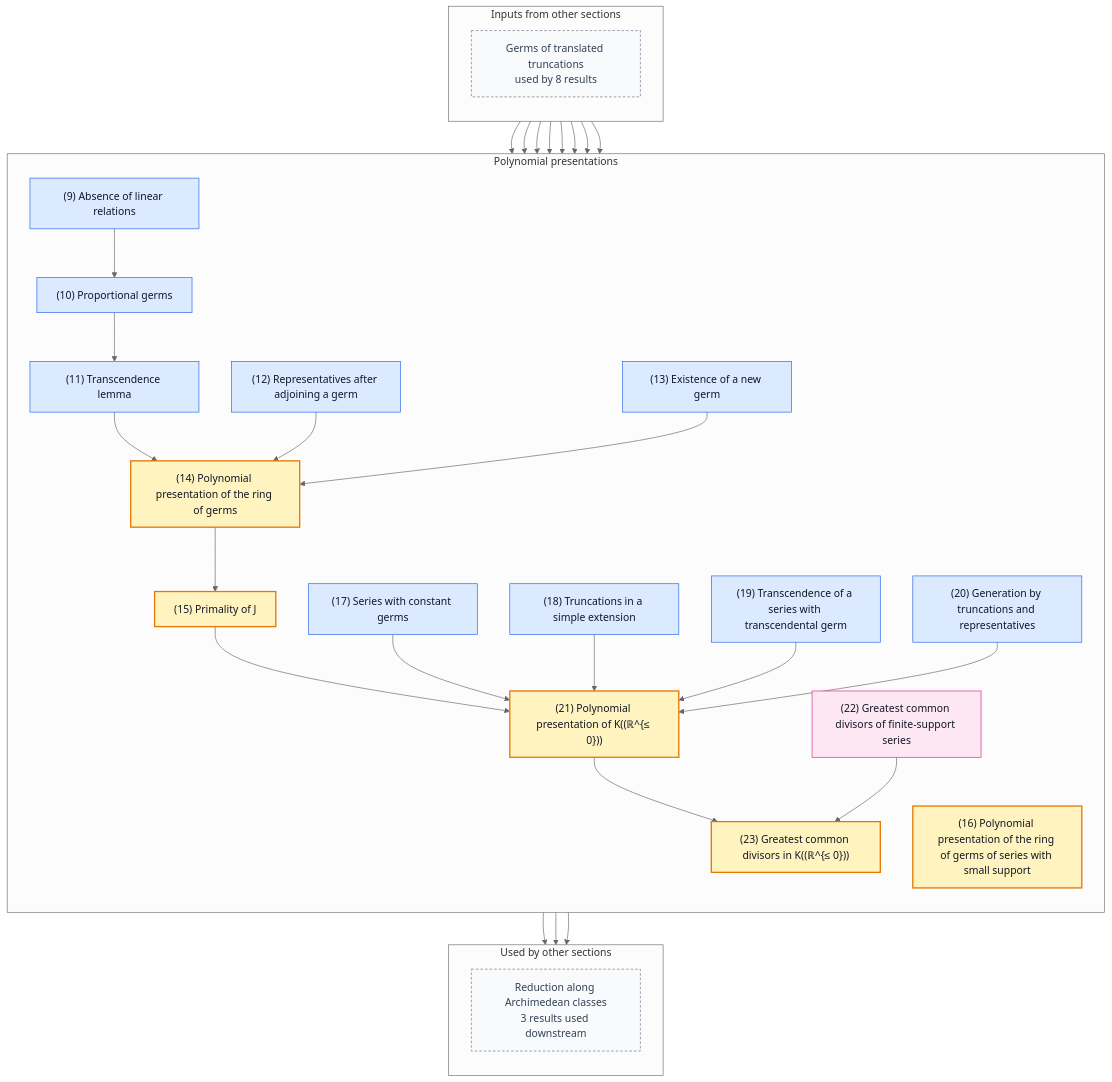
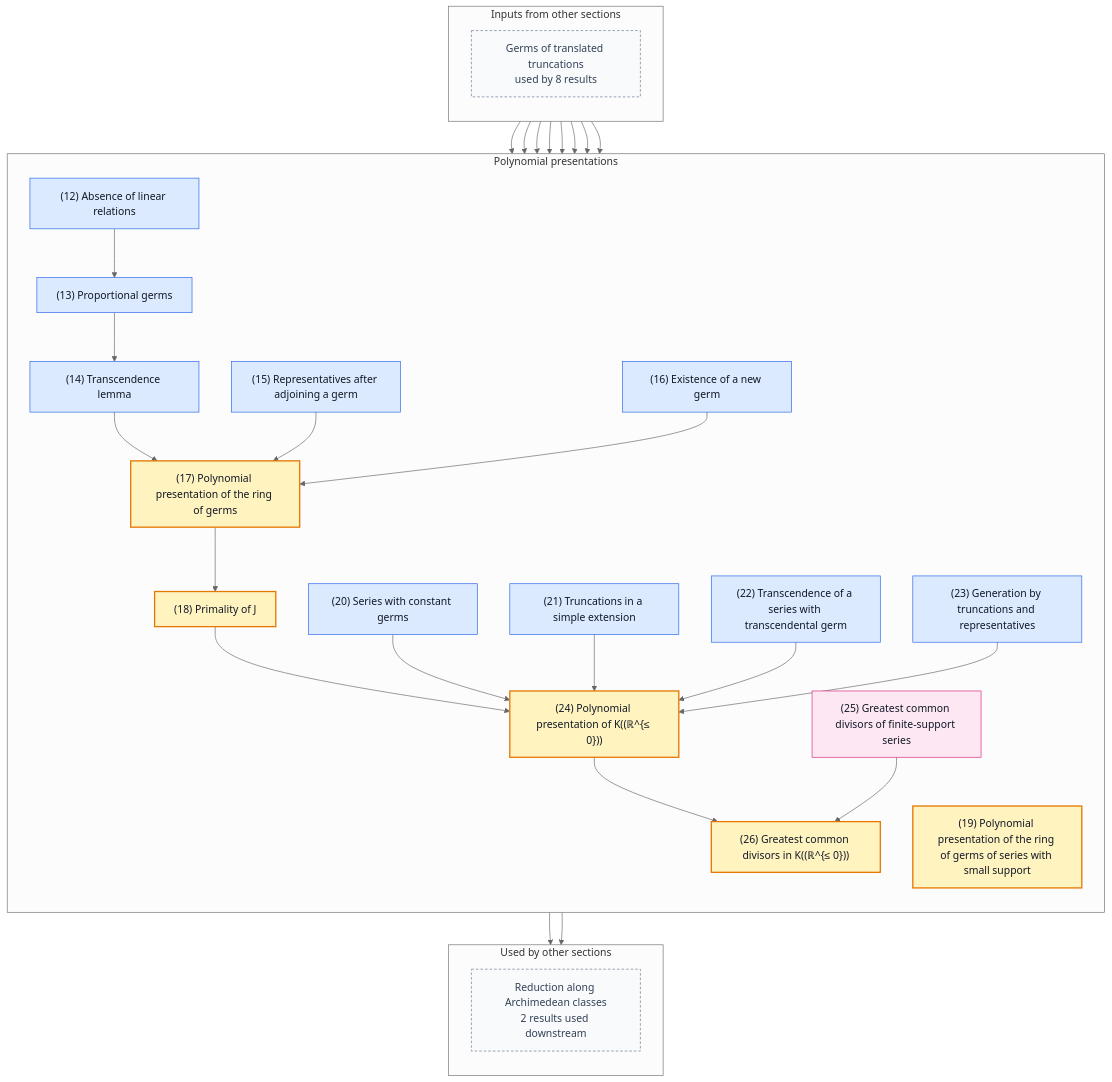
One commit to gaearon/conway-refinement changed the third of 5 diagrams in README.md. Above: the diagram before and after it, drawn with Mermaid (neutral theme). The commit also changed other lines of this file and 36 other files, not shown here.

````diff
--- a/README.md
+++ b/README.md
@@ -249,80 +261,79 @@
 ```mermaid
 %% Generated by scripts/blueprint.sh; do not edit.
 %% Other sections are compressed to boundary nodes.
 %% Solid arrows are proof dependencies; dashed arrows are statement dependencies.
 flowchart TB
   subgraph inputs["Inputs from other sections"]
     direction TB
     in0["Germs of translated truncations<br/>used by 8 results"]:::boundary
   end
   subgraph current["Polynomial presentations"]
     direction TB
-    n009["(9) Absence of linear relations"]:::lemma
-    n010["(10) Proportional germs"]:::lemma
-    n011["(11) Transcendence lemma"]:::lemma
-    n012["(12) Representatives after adjoining a germ"]:::lemma
-    n013["(13) Existence of a new germ"]:::lemma
-    n014["(14) Polynomial presentation of the ring of germs"]:::theorem
-    n015["(15) Primality of J"]:::theorem
-    n016["(16) Polynomial presentation of the ring of germs of series with small support"]:::theorem
-    n017["(17) Series with constant germs"]:::lemma
-    n018["(18) Truncations in a simple extension"]:::lemma
-    n019["(19) Transcendence of a series with transcendental germ"]:::lemma
-    n020["(20) Generation by truncations and representatives"]:::lemma
-    n021["(21) Polynomial presentation of K((ℝ^{≤ 0}))"]:::theorem
-    n022["(22) Greatest common divisors of finite-support series"]:::fact
-    n023["(23) Greatest common divisors in K((ℝ^{≤ 0}))"]:::theorem
+    n012["(12) Absence of linear relations"]:::lemma
+    n013["(13) Proportional germs"]:::lemma
+    n014["(14) Transcendence lemma"]:::lemma
+    n015["(15) Representatives after adjoining a germ"]:::lemma
+    n016["(16) Existence of a new germ"]:::lemma
+    n017["(17) Polynomial presentation of the ring of germs"]:::theorem
+    n018["(18) Primality of J"]:::theorem
+    n019["(19) Polynomial presentation of the ring of germs of series with small support"]:::theorem
+    n020["(20) Series with constant germs"]:::lemma
+    n021["(21) Truncations in a simple extension"]:::lemma
+    n022["(22) Transcendence of a series with transcendental germ"]:::lemma
+    n023["(23) Generation by truncations and representatives"]:::lemma
+    n024["(24) Polynomial presentation of K((ℝ^{≤ 0}))"]:::theorem
+    n025["(25) Greatest common divisors of finite-support series"]:::fact
+    n026["(26) Greatest common divisors in K((ℝ^{≤ 0}))"]:::theorem
   end
   subgraph outputs["Used by other sections"]
     direction TB
-    out0["Reduction along Archimedean classes<br/>3 results used downstream"]:::boundary
+    out0["Reduction along Archimedean classes<br/>2 results used downstream"]:::boundary
   end
 
-  n009 --> n010
-  n010 --> n011
-  n011 --> n014
-  n012 --> n014
+  n012 --> n013
   n013 --> n014
-  n014 --> n015
-  n015 --> n021
-  n017 --> n021
-  n018 --> n021
-  n019 --> n021
-  n020 --> n021
-  n021 --> n023
-  n022 --> n023
-  in0 --> n009
+  n014 --> n017
+  n015 --> n017
+  n016 --> n017
+  n017 --> n018
+  n018 --> n024
+  n020 --> n024
+  n021 --> n024
+  n022 --> n024
+  n023 --> n024
+  n024 --> n026
+  n025 --> n026
   in0 --> n012
-  in0 --> n013
+  in0 --> n015
   in0 --> n016
-  in0 --> n017
-  in0 --> n018
   in0 --> n019
   in0 --> n020
-  n023 --> out0
-  n016 --> out0
-  n014 --> out0
-  click n009 "https://gaearon.github.io/conway-refinement/#/result/no-linear-relation" "Open the statement for lemma 9"
-  click n010 "https://gaearon.github.io/conway-refinement/#/result/proportionality" "Open the statement for lemma 10"
-  click n011 "https://gaearon.github.io/conway-refinement/#/result/transcendence" "Open the statement for lemma 11"
-  click n012 "https://gaearon.github.io/conway-refinement/#/result/representatives-adjoin" "Open the statement for lemma 12"
-  click n013 "https://gaearon.github.io/conway-refinement/#/result/new-germ" "Open the statement for lemma 13"
-  click n014 "https://gaearon.github.io/conway-refinement/#/result/complete-hahn-germ-polynomial-algebra" "Open the statement for theorem 14"
-  click n015 "https://gaearon.github.io/conway-refinement/#/result/bounded-away-ideal-prime" "Open the statement for theorem 15"
-  click n016 "https://gaearon.github.io/conway-refinement/#/result/bounded-hahn-germ-polynomial-algebra" "Open the statement for theorem 16"
-  click n017 "https://gaearon.github.io/conway-refinement/#/result/constant-germs-finite-support" "Open the statement for lemma 17"
-  click n018 "https://gaearon.github.io/conway-refinement/#/result/truncations-of-simple-extension" "Open the statement for lemma 18"
-  click n019 "https://gaearon.github.io/conway-refinement/#/result/transcendental-series" "Open the statement for lemma 19"
-  click n020 "https://gaearon.github.io/conway-refinement/#/result/series-generation" "Open the statement for lemma 20"
-  click n021 "https://gaearon.github.io/conway-refinement/#/result/hahn-series-polynomial-algebra" "Open the statement for theorem 21"
-  click n022 "https://gaearon.github.io/conway-refinement/#/result/finite-support-hahn-gcd" "Open the statement for fact 22"
-  click n023 "https://gaearon.github.io/conway-refinement/#/result/hahn-series-gcd-domain" "Open the statement for theorem 23"
+  in0 --> n021
+  in0 --> n022
+  in0 --> n023
+  n026 --> out0
+  n019 --> out0
+  click n012 "https://gaearon.github.io/conway-refinement/#/result/no-linear-relation" "Open the statement for lemma 12"
+  click n013 "https://gaearon.github.io/conway-refinement/#/result/proportionality" "Open the statement for lemma 13"
+  click n014 "https://gaearon.github.io/conway-refinement/#/result/transcendence" "Open the statement for lemma 14"
+  click n015 "https://gaearon.github.io/conway-refinement/#/result/representatives-adjoin" "Open the statement for lemma 15"
+  click n016 "https://gaearon.github.io/conway-refinement/#/result/new-germ" "Open the statement for lemma 16"
+  click n017 "https://gaearon.github.io/conway-refinement/#/result/complete-hahn-germ-polynomial-algebra" "Open the statement for theorem 17"
+  click n018 "https://gaearon.github.io/conway-refinement/#/result/bounded-away-ideal-prime" "Open the statement for theorem 18"
+  click n019 "https://gaearon.github.io/conway-refinement/#/result/bounded-hahn-germ-polynomial-algebra" "Open the statement for theorem 19"
+  click n020 "https://gaearon.github.io/conway-refinement/#/result/constant-germs-finite-support" "Open the statement for lemma 20"
+  click n021 "https://gaearon.github.io/conway-refinement/#/result/truncations-of-simple-extension" "Open the statement for lemma 21"
+  click n022 "https://gaearon.github.io/conway-refinement/#/result/transcendental-series" "Open the statement for lemma 22"
+  click n023 "https://gaearon.github.io/conway-refinement/#/result/series-generation" "Open the statement for lemma 23"
+  click n024 "https://gaearon.github.io/conway-refinement/#/result/hahn-series-polynomial-algebra" "Open the statement for theorem 24"
+  click n025 "https://gaearon.github.io/conway-refinement/#/result/finite-support-hahn-gcd" "Open the statement for fact 25"
+  click n026 "https://gaearon.github.io/conway-refinement/#/result/hahn-series-gcd-domain" "Open the statement for theorem 26"
 
   classDef theorem fill:#fff3bf,stroke:#e67700,stroke-width:2px,color:#111827
   classDef definition fill:#f3f4f6,stroke:#4b5563,color:#111827
   classDef lemma fill:#dbeafe,stroke:#2563eb,color:#111827
   classDef proposition fill:#ede9fe,stroke:#7c3aed,color:#111827
   classDef corollary fill:#dcfce7,stroke:#16a34a,color:#111827
   classDef fact fill:#fce7f3,stroke:#db2777,color:#111827
   classDef boundary fill:#f8fafc,stroke:#64748b,stroke-dasharray:4 3,color:#334155
 ```
````
